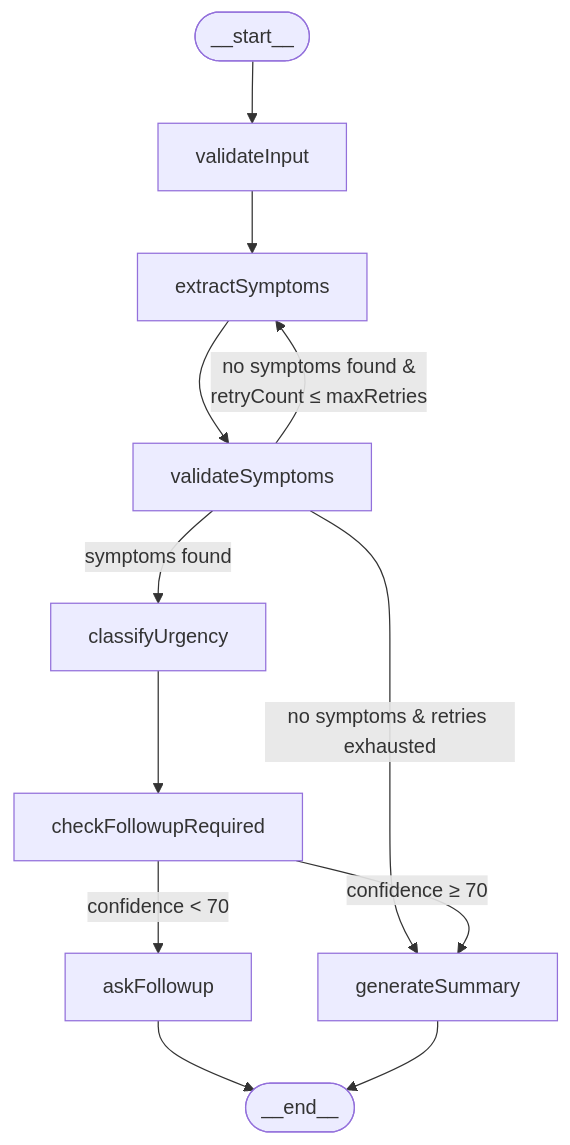
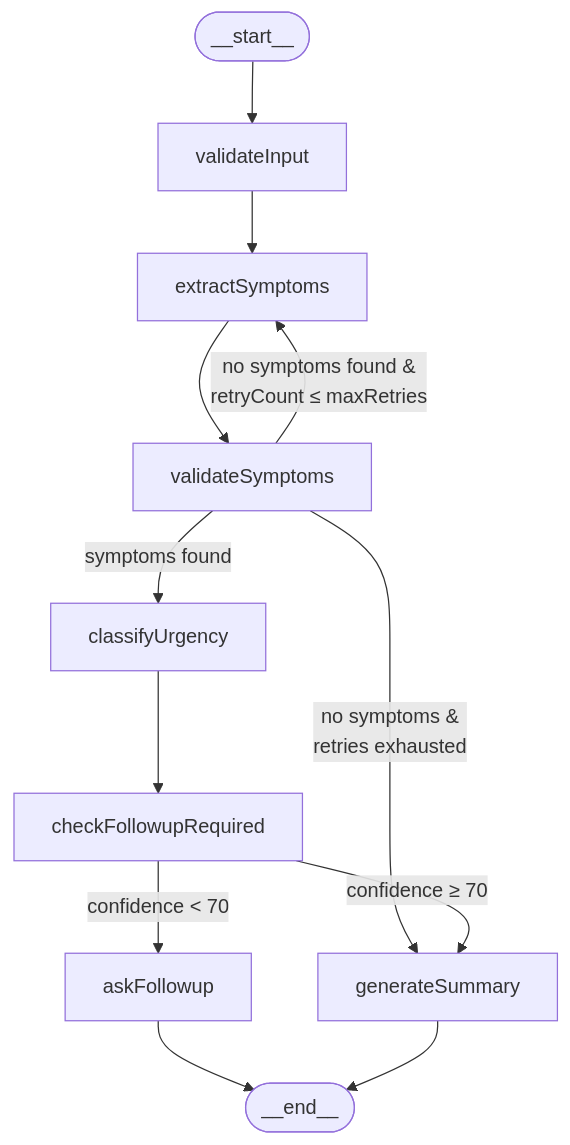
One commit to PrinceT078/AI_Project changed the diagram in medical-ai-assistant/README.md. Above: the diagram before and after it, drawn with Mermaid.

````diff
--- a/medical-ai-assistant/README.md
+++ b/medical-ai-assistant/README.md
@@ -133,20 +133,20 @@
 ```mermaid
 flowchart TD
     START(["__start__"]) --> validateInput
 
     validateInput --> extractSymptoms
 
     extractSymptoms --> validateSymptoms
 
     validateSymptoms -->|"symptoms found"| classifyUrgency
     validateSymptoms -->|"no symptoms found & <br/> retryCount ≤ maxRetries"| extractSymptoms
-    validateSymptoms -->|"no symptoms & retries exhausted"| generateSummary
+    validateSymptoms -->|"no symptoms & <br/> retries exhausted"| generateSummary
 
     classifyUrgency --> checkFollowupRequired
 
     checkFollowupRequired -->|"confidence ≥ 70"| generateSummary
     checkFollowupRequired -->|"confidence < 70"| askFollowup
 
     askFollowup --> END(["__end__"])
     generateSummary --> END
 ```
````
